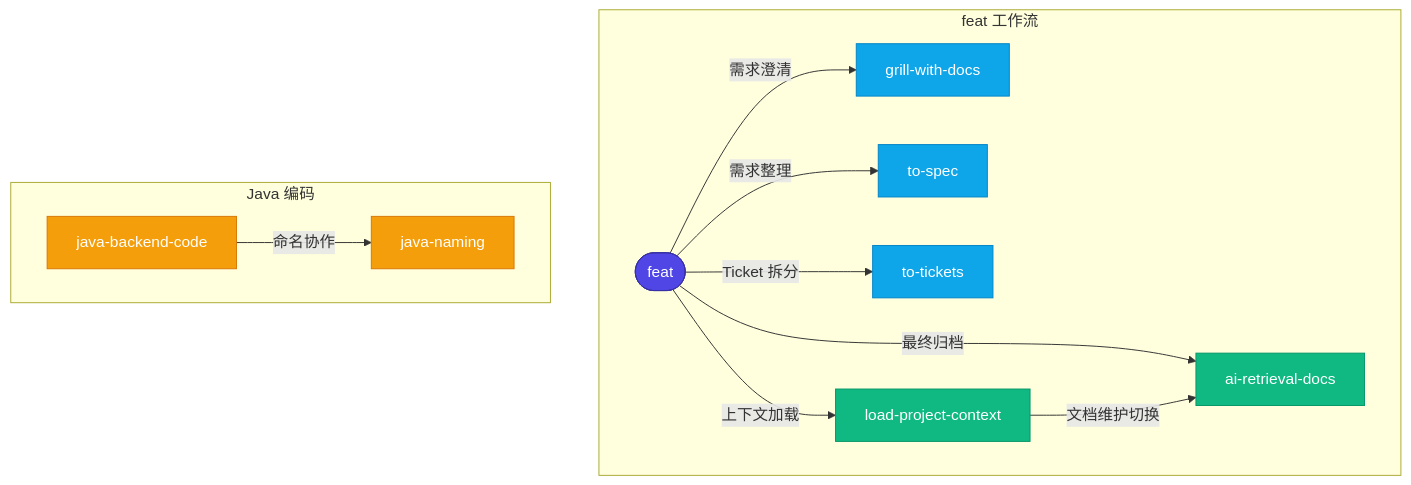
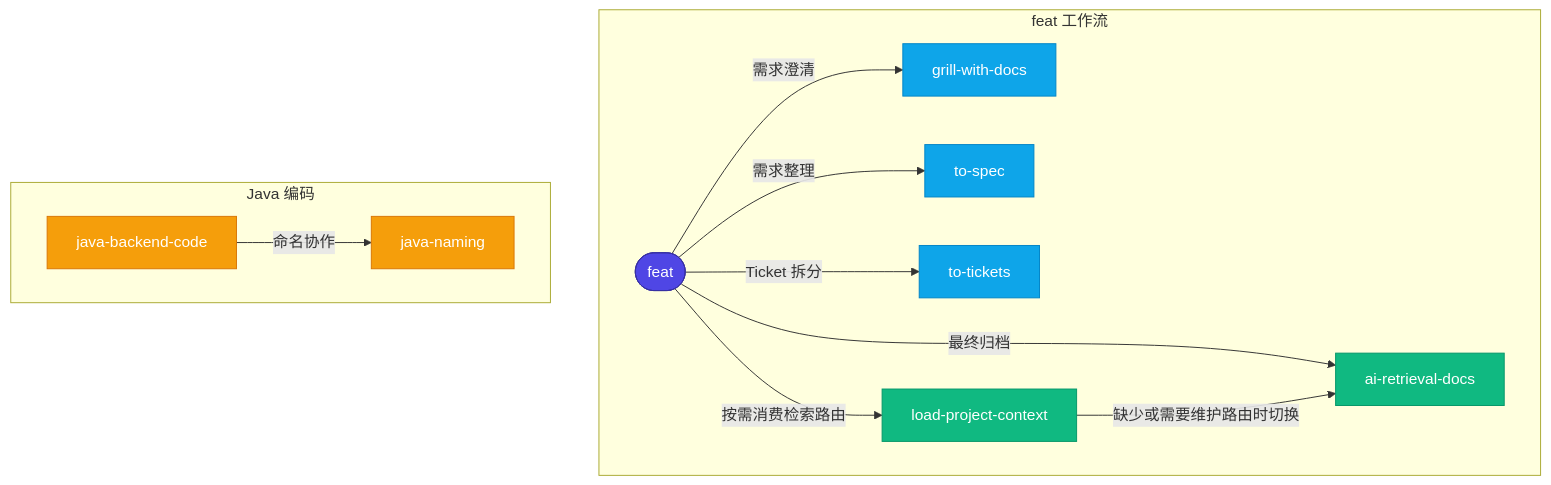
The first of 3 diagrams in README.md (mofan212/codex-profile), drawn with Mermaid before and after one commit. The commit also changed other lines of this file and 3 other files, not shown here.

Commit message:
load-project-context: 收窄上下文加载边界并对齐检索路由

````diff
--- a/README.md
+++ b/README.md
@@ -50,33 +50,33 @@
 ```mermaid
 flowchart TD
     subgraph feat_workflow ["feat 工作流"]
         feat(["feat"])
         grillWithDocs["grill-with-docs"]
         toSpec["to-spec"]
         toTickets["to-tickets"]
         loadProjectContext["load-project-context"]
         aiRetrievalDocs["ai-retrieval-docs"]
     end
 
     subgraph java_coding ["Java 编码"]
         javaBackendCode["java-backend-code"]
         javaNaming["java-naming"]
     end
 
     feat -->|需求澄清| grillWithDocs
     feat -->|需求整理| toSpec
     feat -->|Ticket 拆分| toTickets
-    feat -->|上下文加载| loadProjectContext
+    feat -->|按需消费检索路由| loadProjectContext
     feat -->|最终归档| aiRetrievalDocs
-    loadProjectContext -->|文档维护切换| aiRetrievalDocs
+    loadProjectContext -->|缺少或需要维护路由时切换| aiRetrievalDocs
     javaBackendCode -->|命名协作| javaNaming
 
     style feat fill:#4f46e5,color:#fff,stroke:#3730a3
     style grillWithDocs fill:#0ea5e9,color:#fff,stroke:#0284c7
     style toSpec fill:#0ea5e9,color:#fff,stroke:#0284c7
     style toTickets fill:#0ea5e9,color:#fff,stroke:#0284c7
     style loadProjectContext fill:#10b981,color:#fff,stroke:#059669
     style aiRetrievalDocs fill:#10b981,color:#fff,stroke:#059669
     style javaBackendCode fill:#f59e0b,color:#fff,stroke:#d97706
     style javaNaming fill:#f59e0b,color:#fff,stroke:#d97706
 ```
````
